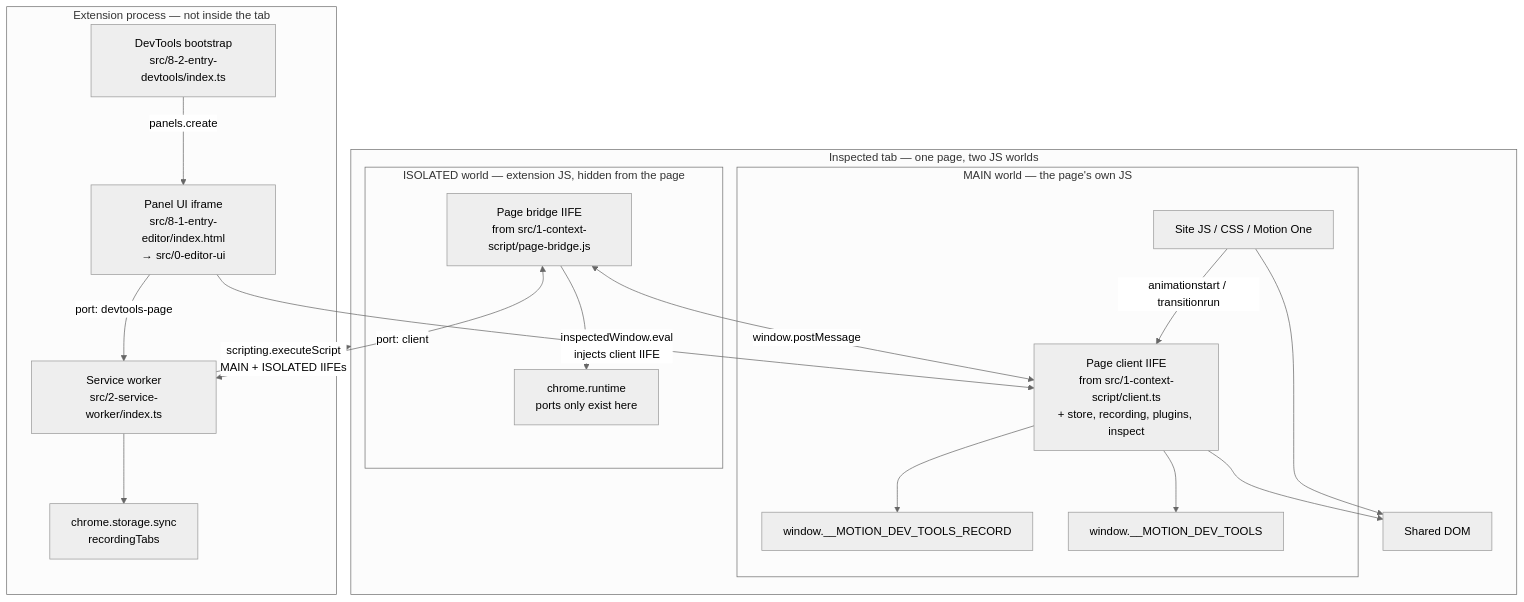
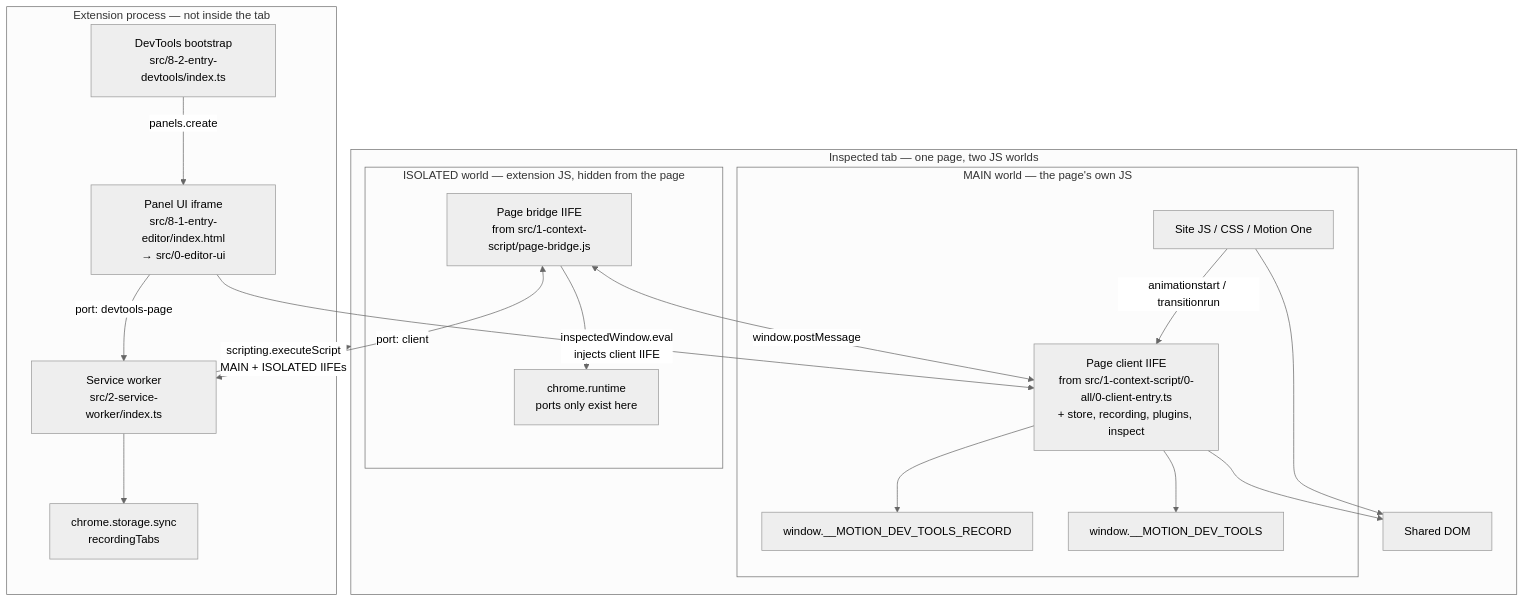
Before and after one commit to maxzz/transitions-chrome: the first of 5 diagrams in assets/docs/2026.09.12.26, 1, page_animation_inject.md, drawn with Mermaid (neutral theme). The commit also changed other lines of this file and 6 other files, not shown here.

````diff
--- a/assets/docs/2026.09.12.26, 1, page_animation_inject.md
+++ b/assets/docs/2026.09.12.26, 1, page_animation_inject.md
@@ -232,39 +232,39 @@
 ```mermaid
 flowchart TB
   subgraph InspectedTab["Inspected tab — one page, two JS worlds"]
     subgraph MainWorld["MAIN world — the page's own JS"]
       SiteJS["Site JS / CSS / Motion One"]
-      Client["Page client IIFE<br/>from src/1-context-script/client.ts<br/>+ store, recording, plugins, inspect"]
+      Client["Page client IIFE<br/>from src/1-context-script/0-all/0-client-entry.ts<br/>+ store, recording, plugins, inspect"]
       Hook["window.__MOTION_DEV_TOOLS_RECORD"]
       Flags["window.__MOTION_DEV_TOOLS"]
       SiteJS -->|"animationstart / transitionrun"| Client
       Client --> Hook
       Client --> Flags
     end
 
     subgraph IsolatedWorld["ISOLATED world — extension JS, hidden from the page"]
       Bridge["Page bridge IIFE<br/>from src/1-context-script/page-bridge.js"]
       ChromeAPI["chrome.runtime<br/>ports only exist here"]
       Bridge --> ChromeAPI
     end
 
     DOM["Shared DOM"]
     SiteJS --> DOM
     Client --> DOM
   end
 
   subgraph ExtProcess["Extension process — not inside the tab"]
     SW["Service worker<br/>src/2-service-worker/index.ts"]
     DT["DevTools bootstrap<br/>src/8-2-entry-devtools/index.ts"]
     Editor["Panel UI iframe<br/>src/8-1-entry-editor/index.html<br/>→ src/0-editor-ui"]
     Storage["chrome.storage.sync<br/>recordingTabs"]
     DT -->|"panels.create"| Editor
     Editor -->|"port: devtools-page"| SW
     SW --> Storage
   end
 
   Bridge <-->|"window.postMessage"| Client
   Bridge <-->|"port: client"| SW
   Editor -->|"inspectedWindow.eval<br/>injects client IIFE"| Client
   SW -->|"scripting.executeScript<br/>MAIN + ISOLATED IIFEs"| InspectedTab
 ```
````
